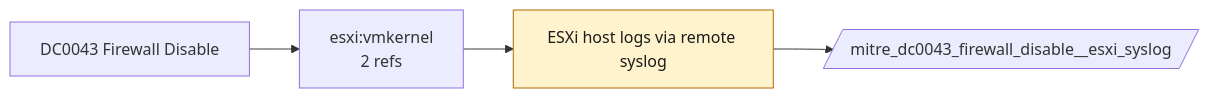
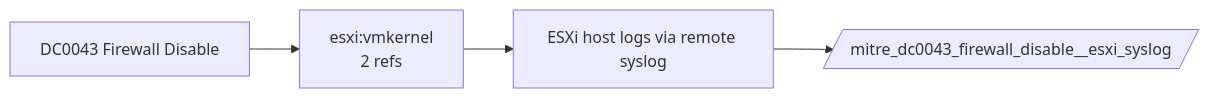
The diagram in docs/data-components/DC0043-firewall-disable.md (dev-nobytes-io/mitre-defensive-mappings-spl), drawn with Mermaid before and after one commit. The commit also changed other lines of this file and 366 other files, not shown here.

````diff
--- a/docs/data-components/DC0043-firewall-disable.md
+++ b/docs/data-components/DC0043-firewall-disable.md
@@ -19,11 +19,8 @@
 ```mermaid
 flowchart LR
   DC["DC0043 Firewall Disable"]
   DC --> LS0["esxi:vmkernel<br/>2 refs"]
   F_esxi_syslog["ESXi host logs via remote syslog"]
   LS0 --> F_esxi_syslog
   F_esxi_syslog --> ET_esxi_syslog[/"mitre_dc0043_firewall_disable__esxi_syslog"/]
-  class F_esxi_syslog ready
-  classDef live fill:#d4edda,stroke:#2e7d32,color:#1b1b1b
-  classDef ready fill:#fff3cd,stroke:#b26a00,color:#1b1b1b
 ```
````
